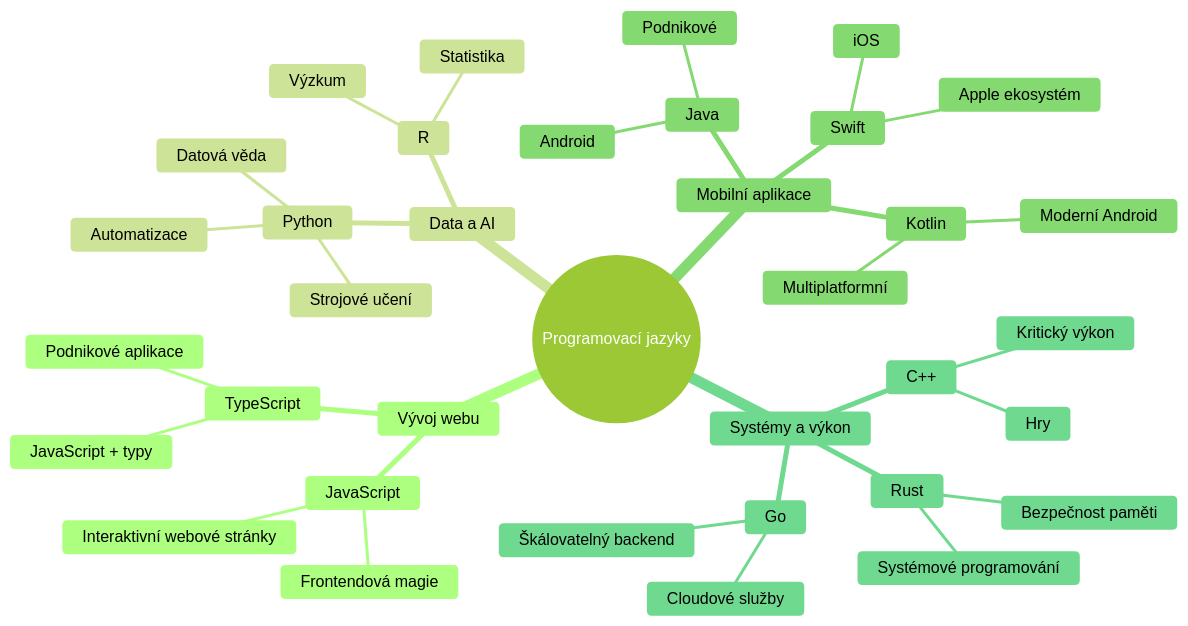
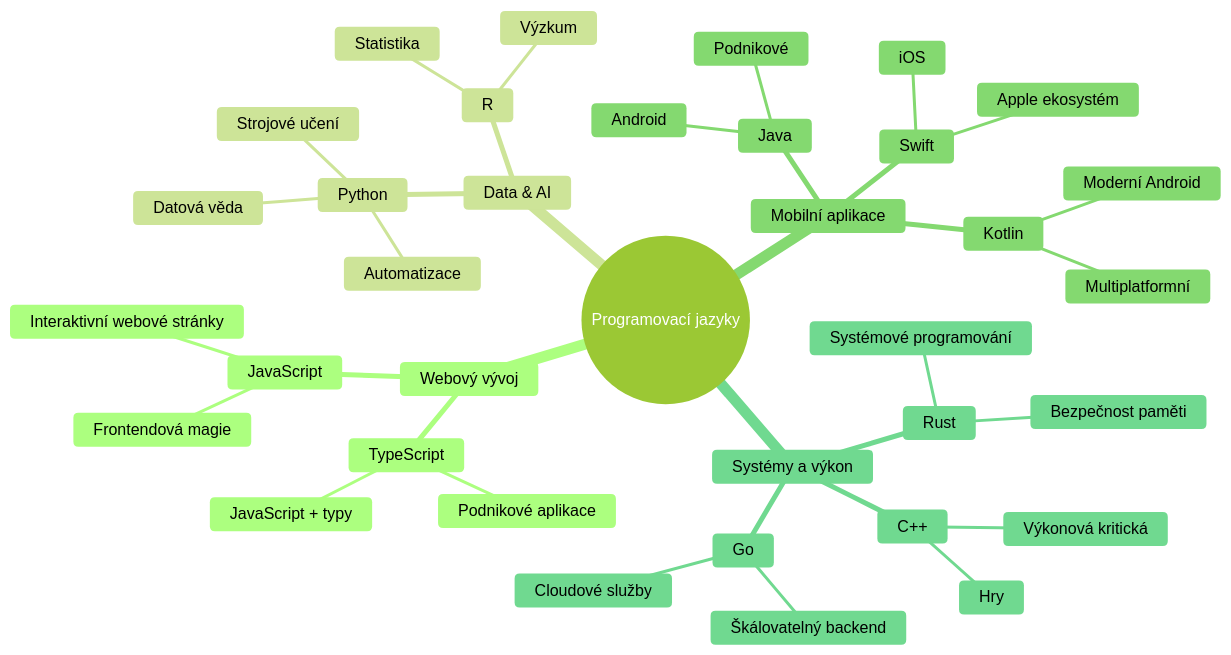
The second of 7 diagrams in translations/cs/1-getting-started-lessons/1-intro-to-programming-languages/README.md (microsoft/Web-Dev-For-Beginners), drawn with Mermaid (forest theme) before and after one commit. The commit also changed other lines of this file and 11 other files, not shown here.

````diff
--- a/translations/cs/1-getting-started-lessons/1-intro-to-programming-languages/README.md
+++ b/translations/cs/1-getting-started-lessons/1-intro-to-programming-languages/README.md
@@ -85,39 +85,39 @@
 ```mermaid
 mindmap
   root((Programovací jazyky))
-    Vývoj webu
+    Webový vývoj
       JavaScript
         Frontendová magie
         Interaktivní webové stránky
       TypeScript
         JavaScript + typy
         Podnikové aplikace
-    Data a AI
+    Data & AI
       Python
         Datová věda
         Strojové učení
         Automatizace
       R
         Statistika
         Výzkum
     Mobilní aplikace
       Java
         Android
         Podnikové
       Swift
         iOS
         Apple ekosystém
       Kotlin
         Moderní Android
         Multiplatformní
     Systémy a výkon
       C++
         Hry
-        Kritický výkon
+        Výkonová kritická
       Rust
         Bezpečnost paměti
         Systémové programování
       Go
         Cloudové služby
         Škálovatelný backend
 ```
````
